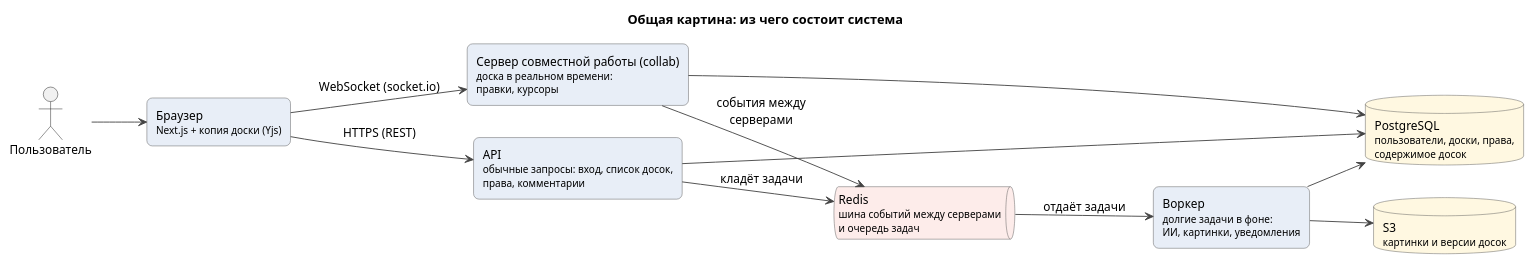
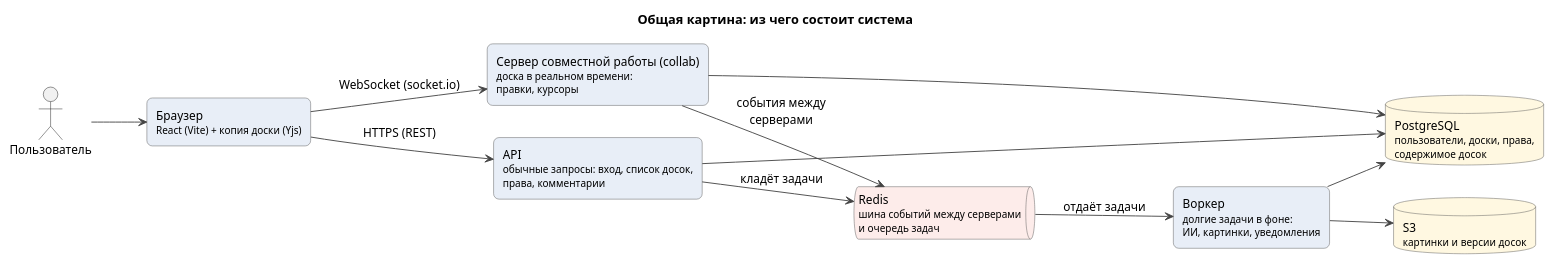
The diagram in docs/system-design/architecture/overview.puml (fanera-team/fanera), drawn with PlantUML before and after one commit. The commit also changed 26 other files, not shown here.

```diff
--- a/docs/system-design/architecture/overview.puml
+++ b/docs/system-design/architecture/overview.puml
@@ -1,44 +1,44 @@
 @startuml overview
 ' Обзор для первого знакомства. Подробно — C4: context.puml, containers.puml
 skinparam shadowing false
 skinparam defaultFontName "Helvetica"
 skinparam defaultFontSize 13
 skinparam ArrowColor #444444
 skinparam rectangle {
   BackgroundColor #E8EEF7
   BorderColor #555555
   RoundCorner 12
 }
 skinparam database {
   BackgroundColor #FFF8E1
   BorderColor #555555
 }
 skinparam queue {
   BackgroundColor #FDECEA
   BorderColor #555555
 }
 left to right direction
 title Общая картина: из чего состоит система
 
 actor "Пользователь" as U
-rectangle "Браузер\n<size:11>Next.js + копия доски (Yjs)</size>" as WEB
+rectangle "Браузер\n<size:11>React (Vite) + копия доски (Yjs)</size>" as WEB
 
 rectangle "API\n<size:11>обычные запросы: вход, список досок,</size>\n<size:11>права, комментарии</size>" as API
 rectangle "Сервер совместной работы (collab)\n<size:11>доска в реальном времени:</size>\n<size:11>правки, курсоры</size>" as COL
 rectangle "Воркер\n<size:11>долгие задачи в фоне:</size>\n<size:11>ИИ, картинки, уведомления</size>" as W
 
 database "PostgreSQL\n<size:11>пользователи, доски, права,</size>\n<size:11>содержимое досок</size>" as PG
 queue "Redis\n<size:11>шина событий между серверами</size>\n<size:11>и очередь задач</size>" as R
 database "S3\n<size:11>картинки и версии досок</size>" as S3
 
 U --> WEB
 WEB --> API : HTTPS (REST)
 WEB --> COL : WebSocket (socket.io)
 API --> PG
 COL --> PG
 API --> R : кладёт задачи
 R --> W : отдаёт задачи
 COL --> R : события между\nсерверами
 W --> PG
 W --> S3
 @enduml
```
